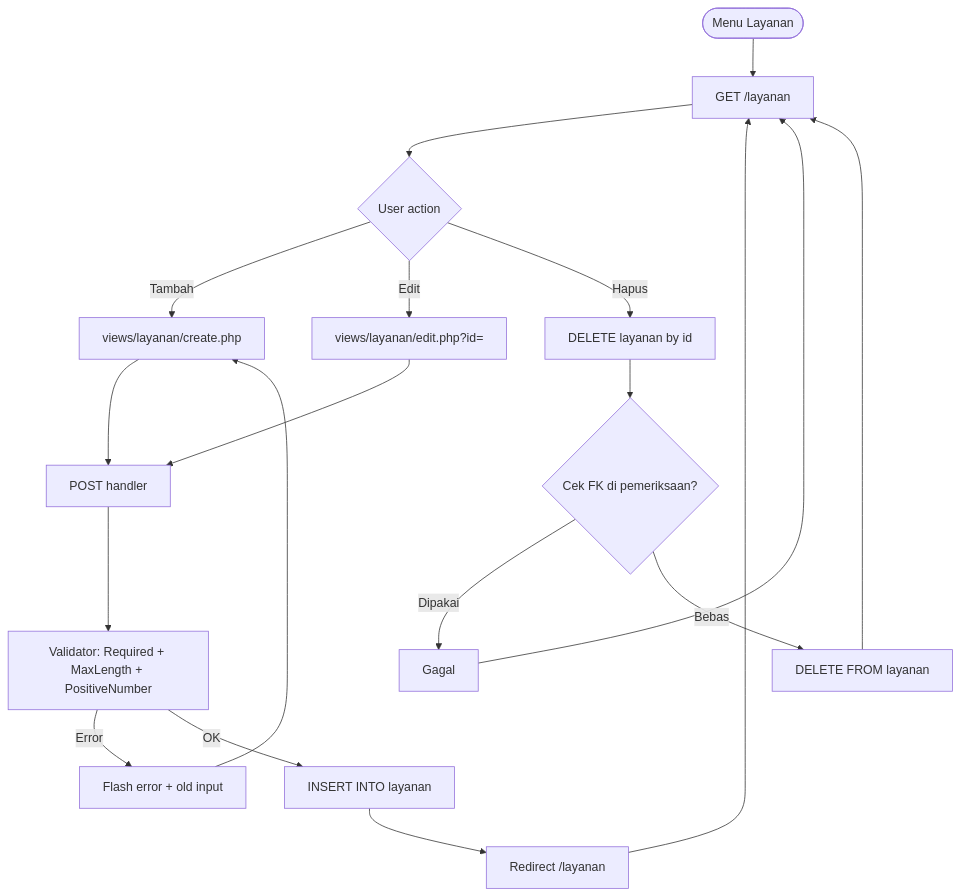
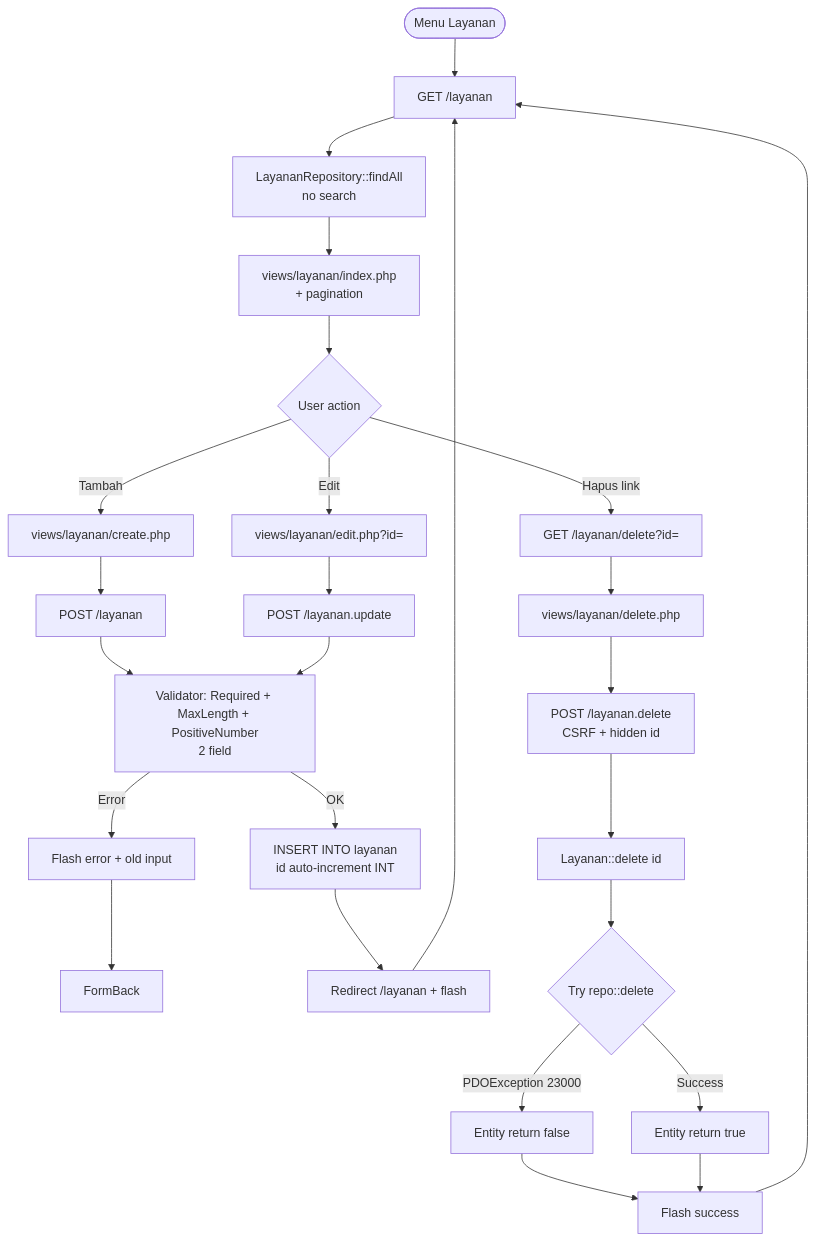
The fifth of 13 diagrams in docs/business-logic.md (TudeOrangBiasa/silk-swarakarna-uas), drawn with Mermaid before and after one commit. The commit also changed other lines of this file and 1 other file, not shown here.

First line of the commit message:
docs: full sync architecture + business-logic with codebase

````diff
--- a/docs/business-logic.md
+++ b/docs/business-logic.md
@@ -128,24 +150,30 @@
 ```mermaid
 flowchart TD
     Start([Menu Layanan]) --> List[GET /layanan]
-    List --> Action{User action}
+    List --> All[LayananRepository::findAll<br/>no search]
+    All --> ListView[views/layanan/index.php<br/>+ pagination]
+    ListView --> Action{User action}
 
     Action -->|Tambah| Form[views/layanan/create.php]
     Action -->|Edit| FormEdit[views/layanan/edit.php?id=]
-    Action -->|Hapus| Del[DELETE layanan by id]
+    Action -->|Hapus link| DelConfirm[GET /layanan/delete?id=]
 
-    Form --> Submit[POST handler]
-    FormEdit --> Submit
-    Submit --> Validate[Validator: Required + MaxLength + PositiveNumber]
+    Form --> Submit[POST /layanan]
+    FormEdit --> SubmitEdit[POST /layanan.update]
+    Submit & SubmitEdit --> Validate[Validator: Required + MaxLength + PositiveNumber<br/>2 field]
     Validate -->|Error| Err[Flash error + old input]
-    Err --> Form
-    Validate -->|OK| Insert[INSERT INTO layanan]
-    Insert --> Redirect[Redirect /layanan]
+    Err --> FormBack
+    Validate -->|OK| Insert[INSERT INTO layanan<br/>id auto-increment INT]
+    Insert --> Redirect[Redirect /layanan + flash]
     Redirect --> List
 
-    Del --> DelCheck{Cek FK di pemeriksaan?}
-    DelCheck -->|Dipakai| DelErr[Gagal]
-    DelCheck -->|Bebas| DelExec[DELETE FROM layanan]
-    DelErr --> List
-    DelExec --> List
+    DelConfirm --> DelView[views/layanan/delete.php]
+    DelView --> DelSubmit[POST /layanan.delete<br/>CSRF + hidden id]
+    DelSubmit --> DelEntity[Layanan::delete id]
+    DelEntity --> DelTry{Try repo::delete}
+    DelTry -->|PDOException 23000| DelFK[Entity return false]
+    DelTry -->|Success| DelOK[Entity return true]
+    DelFK --> Flash[Flash success]
+    DelOK --> Flash
+    Flash --> List
 ```
````
